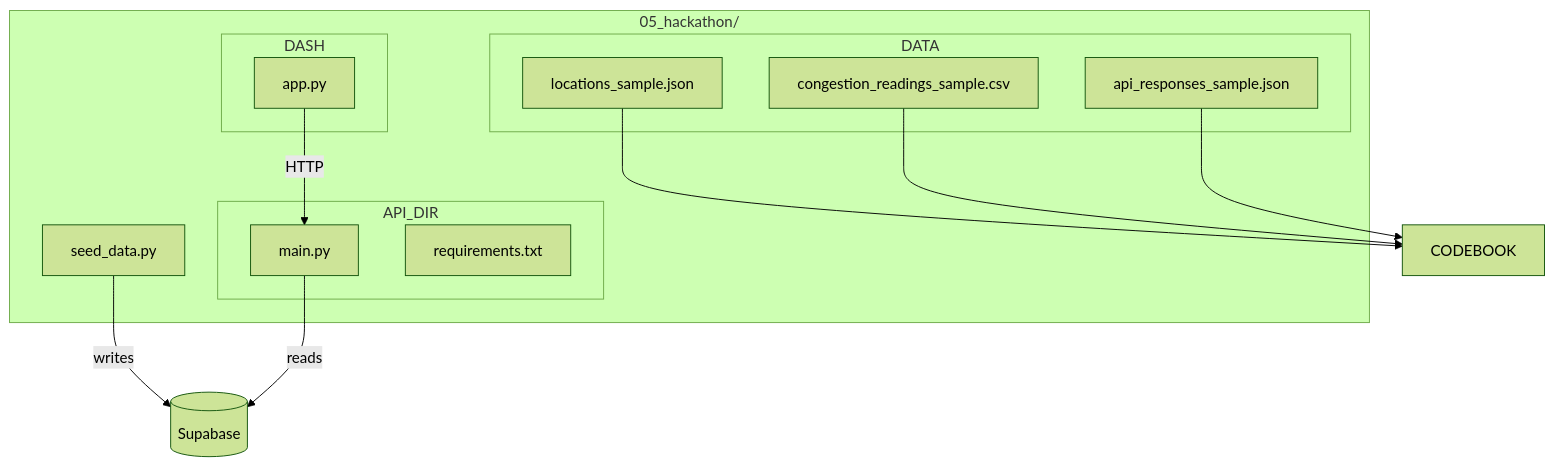
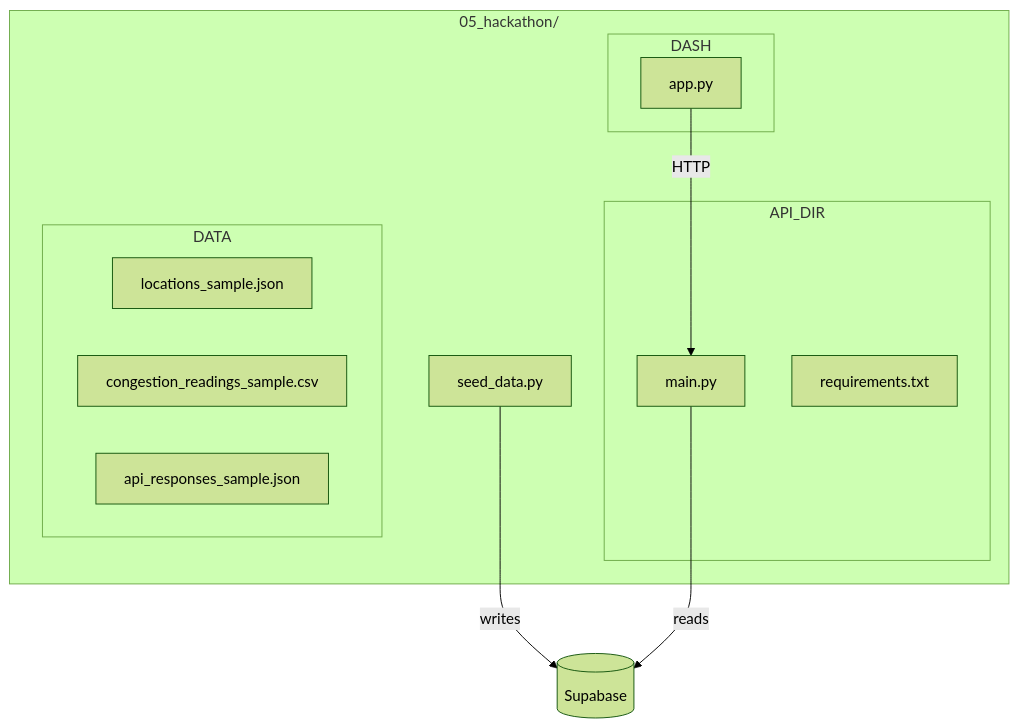
One commit to vvnu0/sysen5381 changed the third of 3 diagrams in 05_hackathon/README.md. Above: the diagram before and after it, drawn with Mermaid (forest theme). The commit also changed other lines of this file and 1 other file, not shown here.

First line of the commit message:
Add hackathon CODEBOOK and update README

````diff
--- a/05_hackathon/README.md
+++ b/05_hackathon/README.md
@@ -80,28 +79,25 @@
 ```mermaid
 flowchart TB
     subgraph Repo["05_hackathon/"]
         SEED[seed_data.py]
         API_DIR[api/]
         DASH[dashboard/]
         DATA[data/]
     end
     subgraph API_DIR
         MAIN[main.py]
         REQ[requirements.txt]
     end
     subgraph DASH
         APP[app.py]
     end
     subgraph DATA
         LOC_JSON[locations_sample.json]
         CONG_CSV[congestion_readings_sample.csv]
         API_JSON[api_responses_sample.json]
     end
 
     SEED -->|writes| DB[(Supabase)]
     MAIN -->|reads| DB
     APP -->|HTTP| MAIN
-    LOC_JSON --> CODEBOOK
-    CONG_CSV --> CODEBOOK
-    API_JSON --> CODEBOOK
 ```
````
